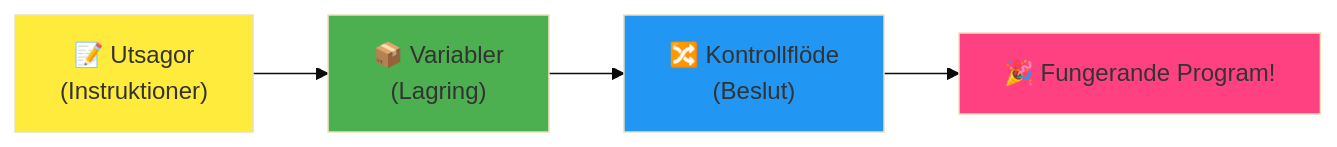
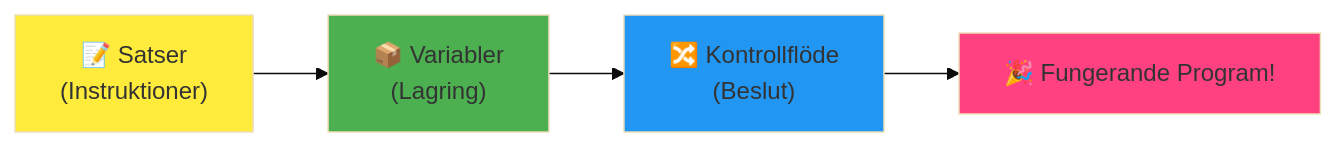
One commit to microsoft/Web-Dev-For-Beginners changed the fourth of 7 diagrams in translations/sv/1-getting-started-lessons/1-intro-to-programming-languages/README.md. Above: the diagram before and after it, drawn with Mermaid (base theme). The commit also changed other lines of this file and 8 other files, not shown here.

````diff
--- a/translations/sv/1-getting-started-lessons/1-intro-to-programming-languages/README.md
+++ b/translations/sv/1-getting-started-lessons/1-intro-to-programming-languages/README.md
@@ -467,9 +467,9 @@
 ```mermaid
 flowchart LR
-    A["📝 Utsagor<br/>(Instruktioner)"] --> B["📦 Variabler<br/>(Lagring)"] --> C["🔀 Kontrollflöde<br/>(Beslut)"] --> D["🎉 Fungerande Program!"]
+    A["📝 Satser<br/>(Instruktioner)"] --> B["📦 Variabler<br/>(Lagring)"] --> C["🔀 Kontrollflöde<br/>(Beslut)"] --> D["🎉 Fungerande Program!"]
     
     style A fill:#ffeb3b
     style B fill:#4caf50
     style C fill:#2196f3
     style D fill:#ff4081
 ```
````
